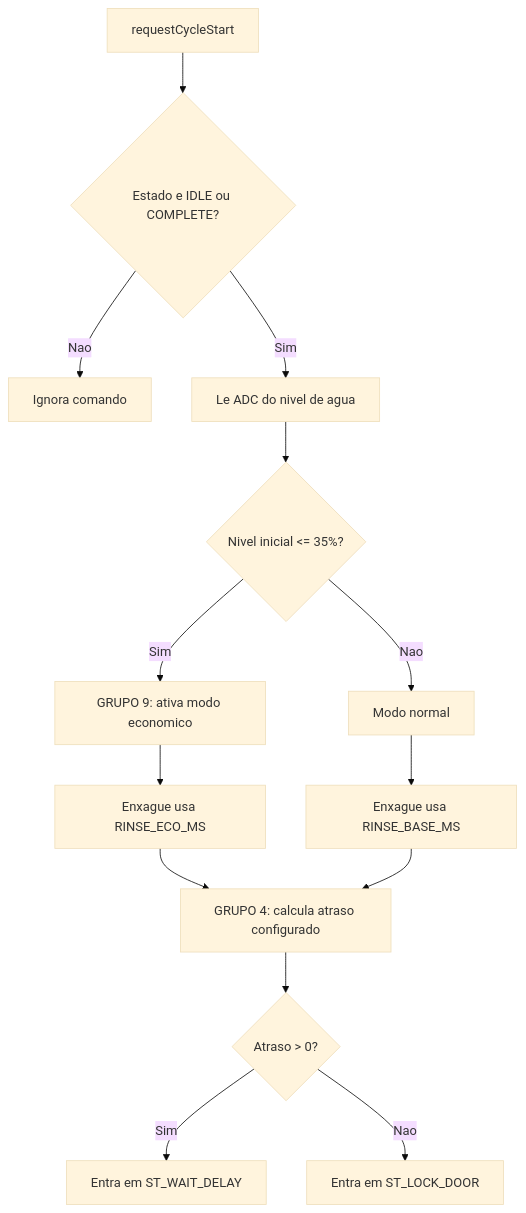
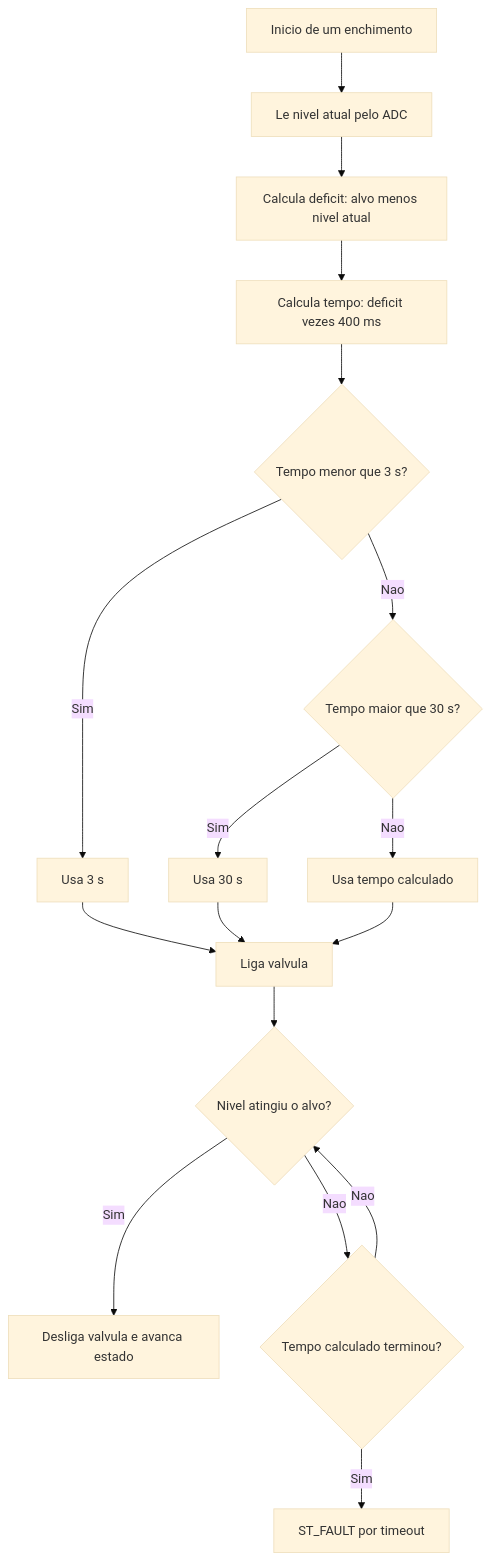
One commit to luciano-andrde/Projeto_Microcontroladores_Maquina changed the fourth of 6 diagrams in Fluxograma.md. Above: the diagram before and after it, drawn with Mermaid (base theme). The commit also changed other lines of this file and 2 other files, not shown here.

````diff
--- a/Fluxograma.md
+++ b/Fluxograma.md
@@ -103,18 +71,19 @@
 ```mermaid
 flowchart TD
-  A[requestCycleStart] --> B{Estado e IDLE ou COMPLETE?}
-  B -- Nao --> Z[Ignora comando]
-  B -- Sim --> C[Le ADC do nivel de agua]
-
-  C --> D{Nivel inicial <= 35%?}
-  D -- Sim --> E[GRUPO 9: ativa modo economico]
-  E --> E1[Enxague usa RINSE_ECO_MS]
-  D -- Nao --> F[Modo normal]
-  F --> F1[Enxague usa RINSE_BASE_MS]
-
-  E1 --> G[GRUPO 4: calcula atraso configurado]
-  F1 --> G
-  G --> H{Atraso > 0?}
-  H -- Sim --> I[Entra em ST_WAIT_DELAY]
-  H -- Nao --> J[Entra em ST_LOCK_DOOR]
+  A[Inicio de um enchimento] --> B[Le nivel atual pelo ADC]
+  B --> C[Calcula deficit: alvo menos nivel atual]
+  C --> D[Calcula tempo: deficit vezes 400 ms]
+  D --> E{Tempo menor que 3 s?}
+  E -- Sim --> F[Usa 3 s]
+  E -- Nao --> G{Tempo maior que 30 s?}
+  G -- Sim --> H[Usa 30 s]
+  G -- Nao --> I[Usa tempo calculado]
+  F --> J[Liga valvula]
+  H --> J
+  I --> J
+  J --> K{Nivel atingiu o alvo?}
+  K -- Sim --> L[Desliga valvula e avanca estado]
+  K -- Nao --> M{Tempo calculado terminou?}
+  M -- Nao --> K
+  M -- Sim --> N[ST_FAULT por timeout]
 ```
````
